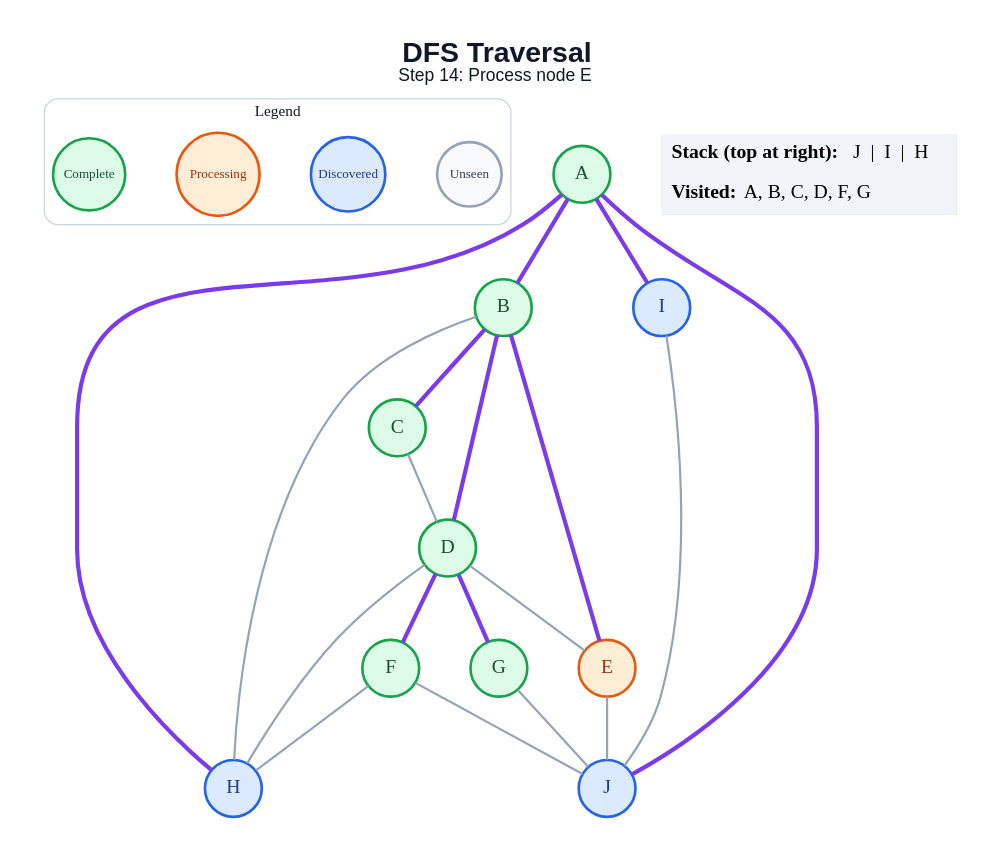
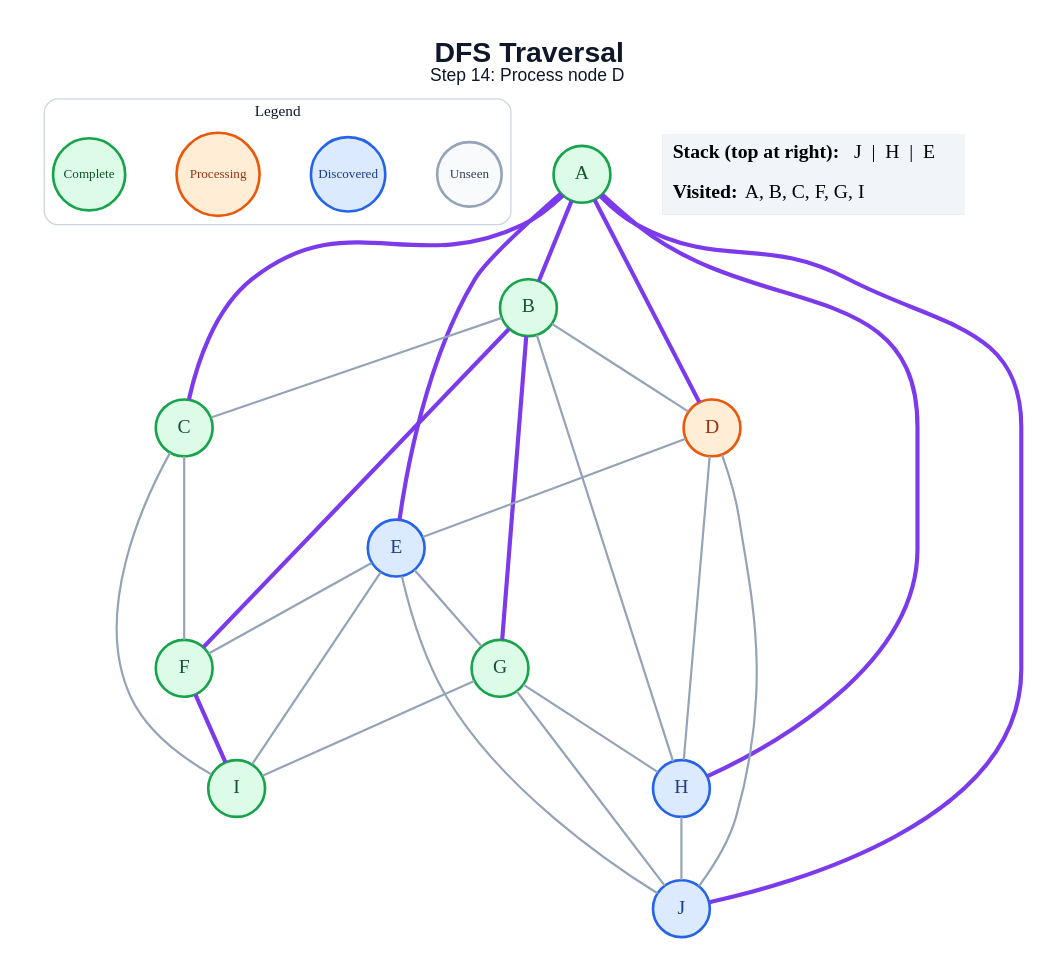
One commit to anon7238593-create/ai-slop changed the diagram in generated/dfs/step_14.dot. Above: the diagram before and after it, drawn with Graphviz. The commit also changed 178 other files, not shown here.

```diff
--- a/generated/dfs/step_14.dot
+++ b/generated/dfs/step_14.dot
@@ -1,47 +1,54 @@
 graph traversal {
   graph [layout=dot, rankdir=TB, bgcolor="#FFFFFF", pad="0.35", nodesep="0.65", ranksep="0.8", fontname="Arial"];
   node [shape=circle, style="filled", fontname="Arial Bold", fontsize=18, width=0.72, fixedsize=true, penwidth=2.4];
   edge [color="#94A3B8", penwidth=2.0];
-  label=<<B>DFS Traversal</B><BR/><FONT POINT-SIZE="16">Step 14: Process node E</FONT>>; labelloc="t"; fontsize=26; fontname="Arial"; fontcolor="#0F172A";
+  label=<<B>DFS Traversal</B><BR/><FONT POINT-SIZE="16">Step 14: Process node D</FONT>>; labelloc="t"; fontsize=26; fontname="Arial"; fontcolor="#0F172A";
   subgraph cluster_legend { label="Legend"; color="#CBD5E1"; penwidth=1.2; style="rounded"; fontsize=14; fontname="Arial Bold";
     key_unseen [label="Unseen", fillcolor="#F8FAFC", color="#94A3B8", fontcolor="#334155", fontsize=12, width=0.82];
     key_frontier [label="Discovered", fillcolor="#DBEAFE", color="#2563EB", fontcolor="#1E3A8A", fontsize=12, width=0.95];
     key_current [label="Processing", fillcolor="#FFEDD5", color="#EA580C", fontcolor="#9A3412", fontsize=12, width=1.05];
     key_done [label="Complete", fillcolor="#DCFCE7", color="#16A34A", fontcolor="#14532D", fontsize=12, width=0.92];
     { rank=same; key_unseen; key_frontier; key_current; key_done; }
   }
   A [fillcolor="#DCFCE7", color="#16A34A", fontcolor="#14532D"];
   B [fillcolor="#DCFCE7", color="#16A34A", fontcolor="#14532D"];
   C [fillcolor="#DCFCE7", color="#16A34A", fontcolor="#14532D"];
-  D [fillcolor="#DCFCE7", color="#16A34A", fontcolor="#14532D"];
-  E [fillcolor="#FFEDD5", color="#EA580C", fontcolor="#9A3412"];
+  D [fillcolor="#FFEDD5", color="#EA580C", fontcolor="#9A3412"];
+  E [fillcolor="#DBEAFE", color="#2563EB", fontcolor="#1E3A8A"];
   F [fillcolor="#DCFCE7", color="#16A34A", fontcolor="#14532D"];
   G [fillcolor="#DCFCE7", color="#16A34A", fontcolor="#14532D"];
   H [fillcolor="#DBEAFE", color="#2563EB", fontcolor="#1E3A8A"];
-  I [fillcolor="#DBEAFE", color="#2563EB", fontcolor="#1E3A8A"];
+  I [fillcolor="#DCFCE7", color="#16A34A", fontcolor="#14532D"];
   J [fillcolor="#DBEAFE", color="#2563EB", fontcolor="#1E3A8A"];
   A -- B [color="#7C3AED", penwidth=3.8];
+  A -- C [color="#7C3AED", penwidth=3.8];
+  A -- D [color="#7C3AED", penwidth=3.8];
+  A -- E [color="#7C3AED", penwidth=3.8];
   A -- H [color="#7C3AED", penwidth=3.8];
-  A -- I [color="#7C3AED", penwidth=3.8];
   A -- J [color="#7C3AED", penwidth=3.8];
-  B -- C [color="#7C3AED", penwidth=3.8];
-  B -- D [color="#7C3AED", penwidth=3.8];
-  B -- E [color="#7C3AED", penwidth=3.8];
+  B -- C;
+  B -- D;
+  B -- F [color="#7C3AED", penwidth=3.8];
+  B -- G [color="#7C3AED", penwidth=3.8];
   B -- H;
-  C -- D;
+  C -- F;
+  C -- I;
   D -- E;
-  D -- F [color="#7C3AED", penwidth=3.8];
-  D -- G [color="#7C3AED", penwidth=3.8];
   D -- H;
+  D -- J;
+  E -- F;
+  E -- G;
+  E -- I;
   E -- J;
-  F -- H;
-  F -- J;
+  F -- I [color="#7C3AED", penwidth=3.8];
+  G -- H;
+  G -- I;
   G -- J;
-  I -- J;
+  H -- J;
   status [shape=plain, fixedsize=false, width=0, height=0, margin=0, label=<
     <TABLE BORDER="0" CELLBORDER="0" CELLPADDING="7" BGCOLOR="#F1F5F9">
-      <TR><TD ALIGN="LEFT"><B>Stack (top at right):</B> J  |  I  |  H</TD></TR>
-      <TR><TD ALIGN="LEFT"><B>Visited:</B> A, B, C, D, F, G</TD></TR>
+      <TR><TD ALIGN="LEFT"><B>Stack (top at right):</B> J  |  H  |  E</TD></TR>
+      <TR><TD ALIGN="LEFT"><B>Visited:</B> A, B, C, F, G, I</TD></TR>
     </TABLE>
   >];
 }
```
